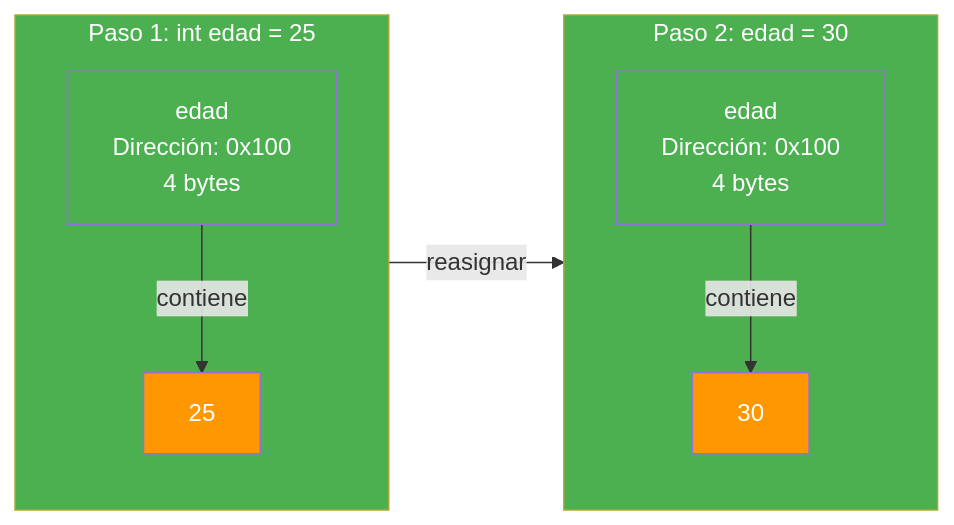
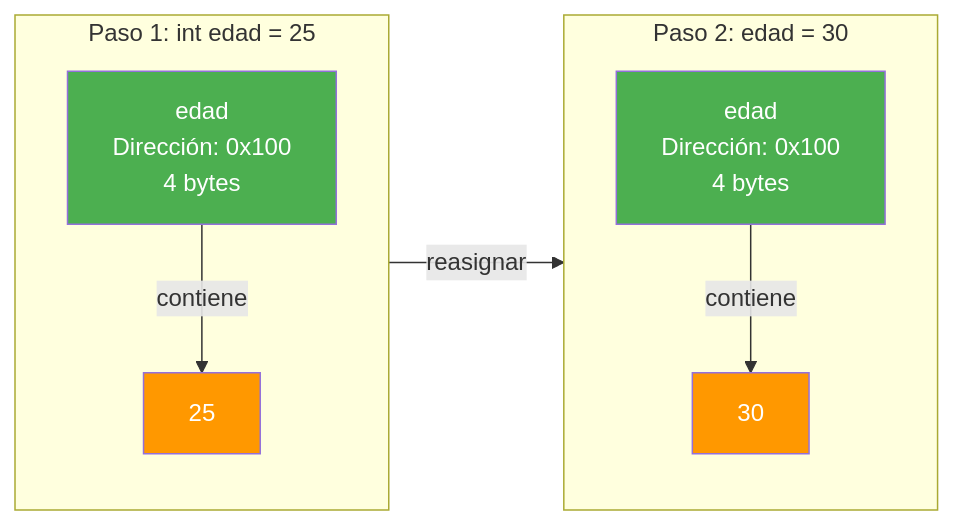
Before and after one commit to joseluisgs/Programacion-01-2026-2027: the fourth of 6 diagrams in 05-tipos-datos.md, drawn with Mermaid. The commit also changed other lines of this file and 3 other files, not shown here.

First line of the commit message:
docs: elimina los style de los subgraf de los diagramas Mermaid

````diff
--- a/05-tipos-datos.md
+++ b/05-tipos-datos.md
@@ -533,16 +528,14 @@
 ```mermaid
 graph LR
     subgraph STACK_1 ["Paso 1: int edad = 25"]
         A1["edad<br/>Dirección: 0x100<br/>4 bytes"] -->|"contiene"| V1["25"]
     end
     subgraph STACK_2 ["Paso 2: edad = 30"]
         A2["edad<br/>Dirección: 0x100<br/>4 bytes"] -->|"contiene"| V2["30"]
     end
     STACK_1 -->|"reasignar"| STACK_2
-    style STACK_1 fill:#4CAF50,color:#fff
-    style STACK_2 fill:#4CAF50,color:#fff
 style A1 fill:#4CAF50,color:#fff
   style A2 fill:#4CAF50,color:#fff
     style V1 fill:#FF9800,color:#fff
     style V2 fill:#FF9800,color:#fff
 ```
````
